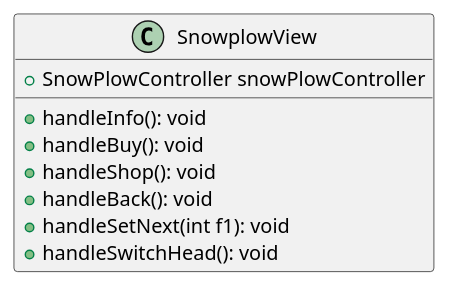
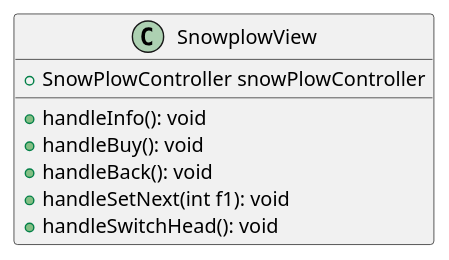
Before and after one commit to uhrinandor/spring: the diagram in docs/graphics/class/SnowplowView.plantuml, drawn with PlantUML. The commit also changed 1 other file, not shown here.

```diff
--- a/docs/graphics/class/SnowplowView.plantuml
+++ b/docs/graphics/class/SnowplowView.plantuml
@@ -1,10 +1,9 @@
 class SnowplowView{
     + SnowPlowController snowPlowController
 
     + handleInfo(): void
     + handleBuy(): void
-    + handleShop(): void
     + handleBack(): void
     + handleSetNext(int f1): void
     + handleSwitchHead(): void
 }
```
